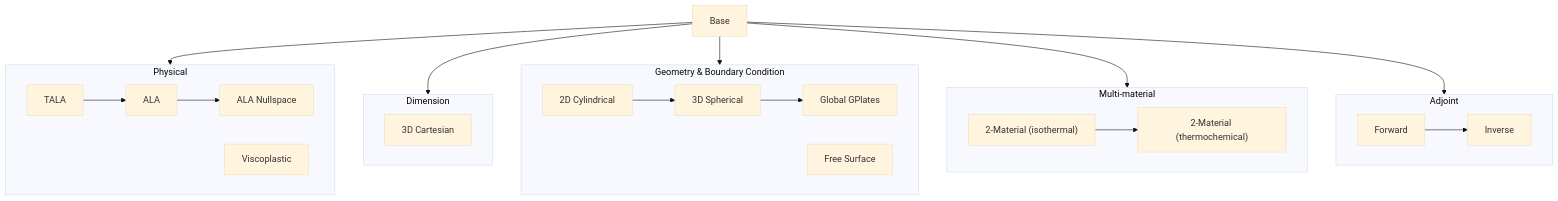
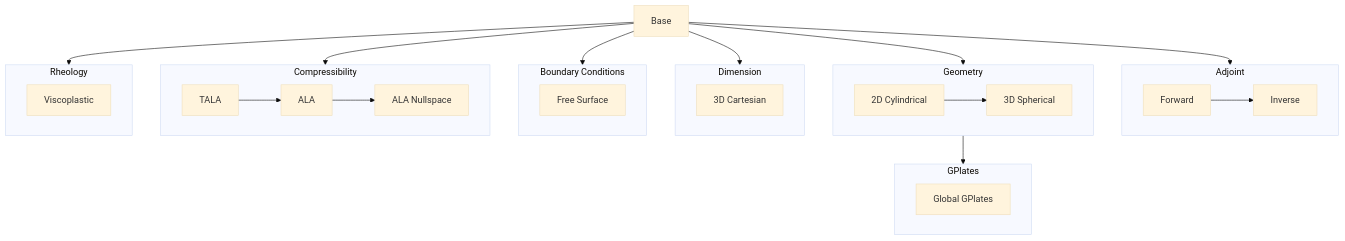
The diagram in demos/.diagram.mermaid (g-adopt/g-adopt), drawn with Mermaid (base theme) before and after one commit.

Commit message:
Restructure tutorial diagram
[skip tests]

```diff
--- a/demos/.diagram.mermaid
+++ b/demos/.diagram.mermaid
@@ -1,45 +1,51 @@
 graph TD
   base[Base]
 
-  subgraph physical[Physical]
-  tala[TALA] --> ala[ALA] --> visualise_ala[ALA Nullspace]
-  viscoplastic[Viscoplastic]
+  subgraph adjoint[Adjoint]
+  adjoint_forward[Forward] --> inverse[Inverse]
+  end
+
+  subgraph geometry[Geometry]
+  cylindrical_2d[2D Cylindrical] --> spherical_3d[3D Spherical]
+  end
+
+  subgraph gplates[GPlates]
+  gplates_global["Global GPlates"]
   end
 
   subgraph dimension[Dimension]
   cartesian_3d[3D Cartesian]
   end
 
-  subgraph geometry["Geometry & Boundary Condition"]
-  cylindrical_2d[2D Cylindrical] --> spherical_3d[3D Spherical] --> gplates_global["Global GPlates"]
+  subgraph bcs[Boundary Conditions]
   free_surface[Free Surface]
   end
 
-  subgraph multimaterial[Multi-material]
-  isothermal["2-Material (isothermal)"] --> thermochemical["2-Material (thermochemical)"]
+  subgraph compressibility[Compressibility]
+  tala[TALA] --> ala[ALA] --> visualise_ala[ALA Nullspace]
   end
 
-  subgraph adjoint[Adjoint]
-  adjoint_forward[Forward] --> inverse[Inverse]
+  subgraph rheology[Rheology]
+  viscoplastic[Viscoplastic]
   end
 
-  base --> physical
   base --> dimension
+  base --> compressibility
+  base --> rheology
   base --> geometry
-  base --> multimaterial
+  base --> bcs
   base --> adjoint
+  geometry --> gplates
 
   click base "base_case"
   click tala "2d_compressible_TALA"
   click ala "2d_compressible_ALA"
   click visualise_ala "visualise_ALA_p_nullspace"
   click viscoplastic "viscoplastic_case"
   click cartesian_3d "3d_cartesian"
   click cylindrical_2d "2d_cylindrical"
   click spherical_3d "3d_spherical"
-  click isothermal "compositional_buoyancy"
-  click thermochemical "thermochemical_buoyancy"
   click gplates_global "gplates_global"
   click adjoint_forward "adjoint_forward"
   click inverse "adjoint"
   click free_surface "free_surface"
```
